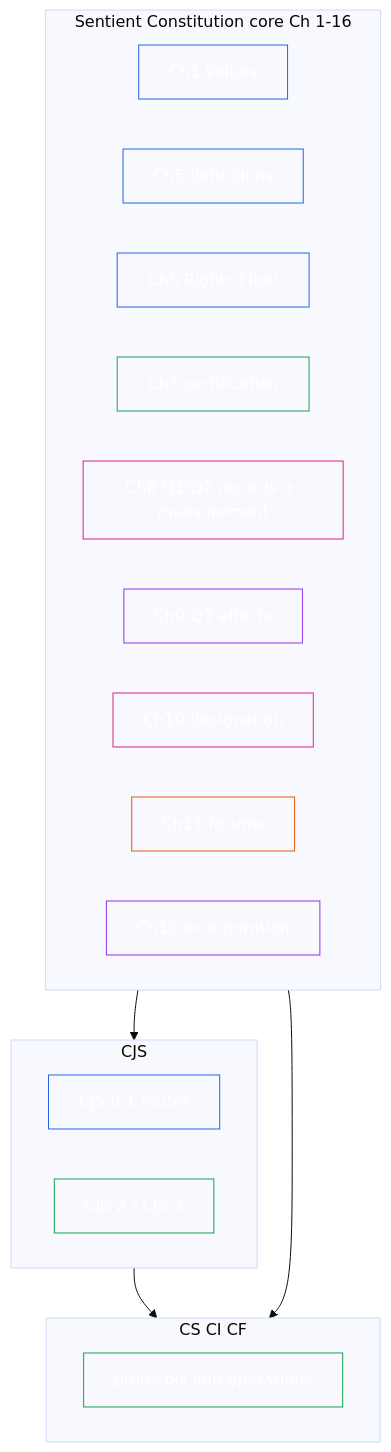
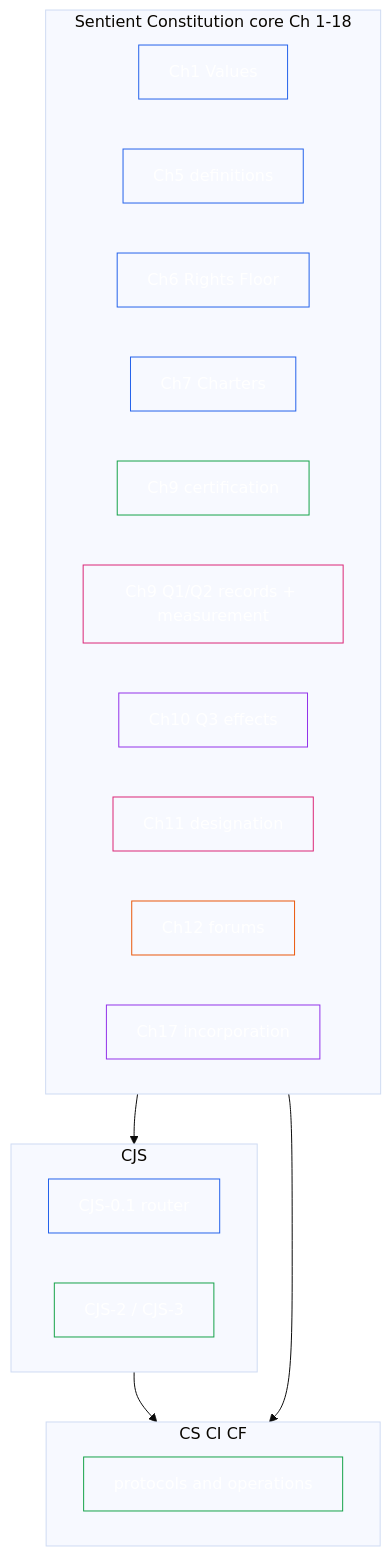
Before and after one commit to kfoelsch/Sentient_Constitution: the second of 2 diagrams in doc_architecture.md, drawn with Mermaid (base theme). The commit also changed other lines of this file and 799 other files, not shown here.

````diff
--- a/doc_architecture.md
+++ b/doc_architecture.md
@@ -966,35 +969,37 @@
 ```mermaid
 flowchart TB
-  subgraph sc [Sentient Constitution core Ch 1-16]
+  subgraph sc [Sentient Constitution core Ch 1-18]
     C1[Ch1 Values]
     C5[Ch5 definitions]
     C6[Ch6 Rights Floor]
-    C7[Ch7 certification]
-    C8[Ch8 Q1/Q2 records + measurement]
-    C9[Ch9 Q3 effects]
-    C10[Ch10 designation]
-    C11[Ch11 forums]
-    C16[Ch16 incorporation]
+    C6B[Ch7 Charters]
+    C7[Ch9 certification]
+    C8[Ch9 Q1/Q2 records + measurement]
+    C9[Ch10 Q3 effects]
+    C10[Ch11 designation]
+    C11[Ch12 forums]
+    C16[Ch17 incorporation]
   end
   subgraph cjs [CJS]
     R[CJS-0.1 router]
     P[CJS-2 / CJS-3]
   end
   subgraph impl [CS CI CF]
     OPS[protocols and operations]
   end
   sc --> cjs --> impl
   sc --> impl
   style C1 fill:none,stroke:#2563eb,color:#ffffff
   style C5 fill:none,stroke:#2563eb,color:#ffffff
   style C6 fill:none,stroke:#2563eb,color:#ffffff
+  style C6B fill:none,stroke:#2563eb,color:#ffffff
   style C7 fill:none,stroke:#16a34a,color:#ffffff
   style C8 fill:none,stroke:#db2777,color:#ffffff
   style C9 fill:none,stroke:#9333ea,color:#ffffff
   style C10 fill:none,stroke:#db2777,color:#ffffff
   style C11 fill:none,stroke:#ea580c,color:#ffffff
   style C16 fill:none,stroke:#9333ea,color:#ffffff
   style R fill:none,stroke:#2563eb,color:#ffffff
   style P fill:none,stroke:#16a34a,color:#ffffff
   style OPS fill:none,stroke:#16a34a,color:#ffffff
 ```
````
